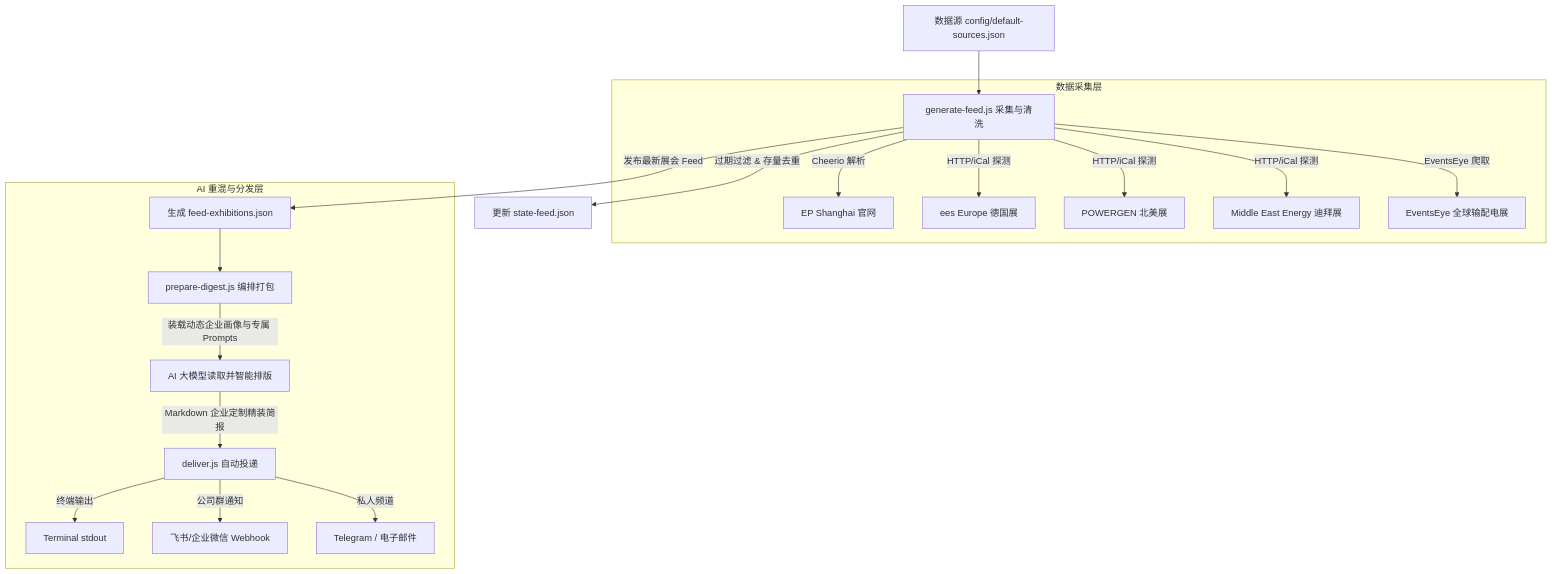
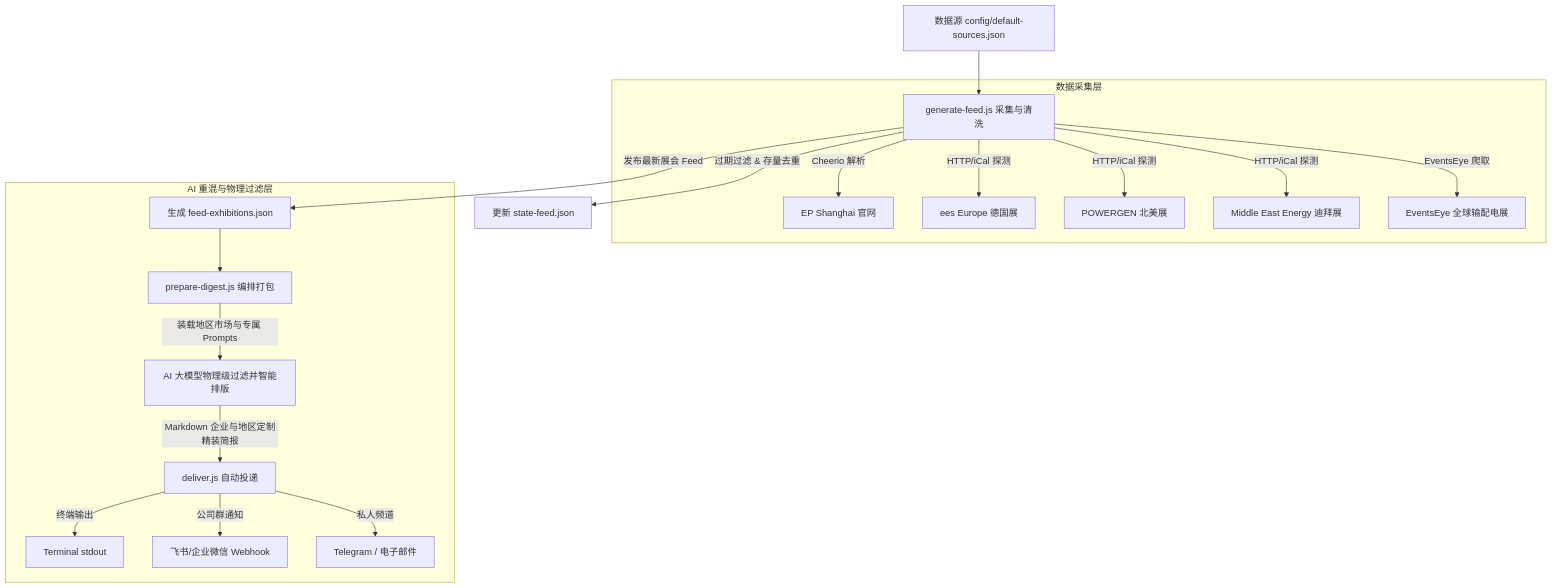
One commit to letitbe95/power-expo-tracker changed the diagram in README.md. Above: the diagram before and after it, drawn with Mermaid. The commit also changed other lines of this file and 2 other files, not shown here.

````diff
--- a/README.md
+++ b/README.md
@@ -15,24 +15,24 @@
 ```mermaid
 graph TD
     A[数据源 config/default-sources.json] --> B[generate-feed.js 采集与清洗]
     
     subgraph 数据采集层
         B -->|Cheerio 解析| C[EP Shanghai 官网]
         B -->|HTTP/iCal 探测| D[ees Europe 德国展]
         B -->|HTTP/iCal 探测| E[POWERGEN 北美展]
         B -->|HTTP/iCal 探测| F[Middle East Energy 迪拜展]
         B -->|EventsEye 爬取| G[EventsEye 全球输配电展]
     end
     
     B -->|过期过滤 & 存量去重| I[更新 state-feed.json]
     B -->|发布最新展会 Feed| J[生成 feed-exhibitions.json]
     
-    subgraph AI 重混与分发层
+    subgraph AI 重混与物理过滤层
         J --> K[prepare-digest.js 编排打包]
-        K -->|装载动态企业画像与专属 Prompts| L[AI 大模型读取并智能排版]
-        L -->|Markdown 企业定制精装简报| M[deliver.js 自动投递]
+        K -->|装载地区市场与专属 Prompts| L[AI 大模型物理级过滤并智能排版]
+        L -->|Markdown 企业与地区定制精装简报| M[deliver.js 自动投递]
         M -->|终端输出| N[Terminal stdout]
         M -->|公司群通知| O[飞书/企业微信 Webhook]
         M -->|私人频道| P[Telegram / 电子邮件]
     end
 ```
````
